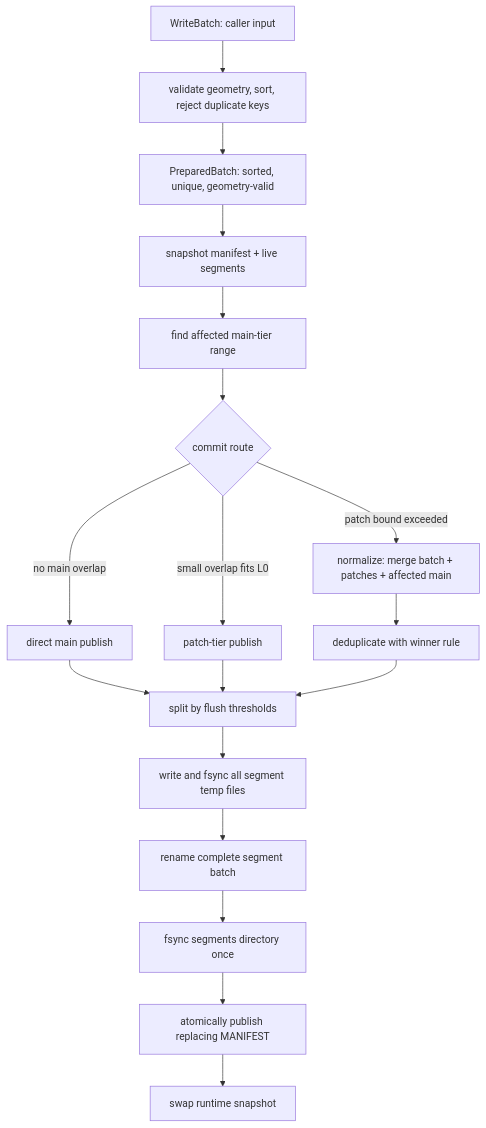
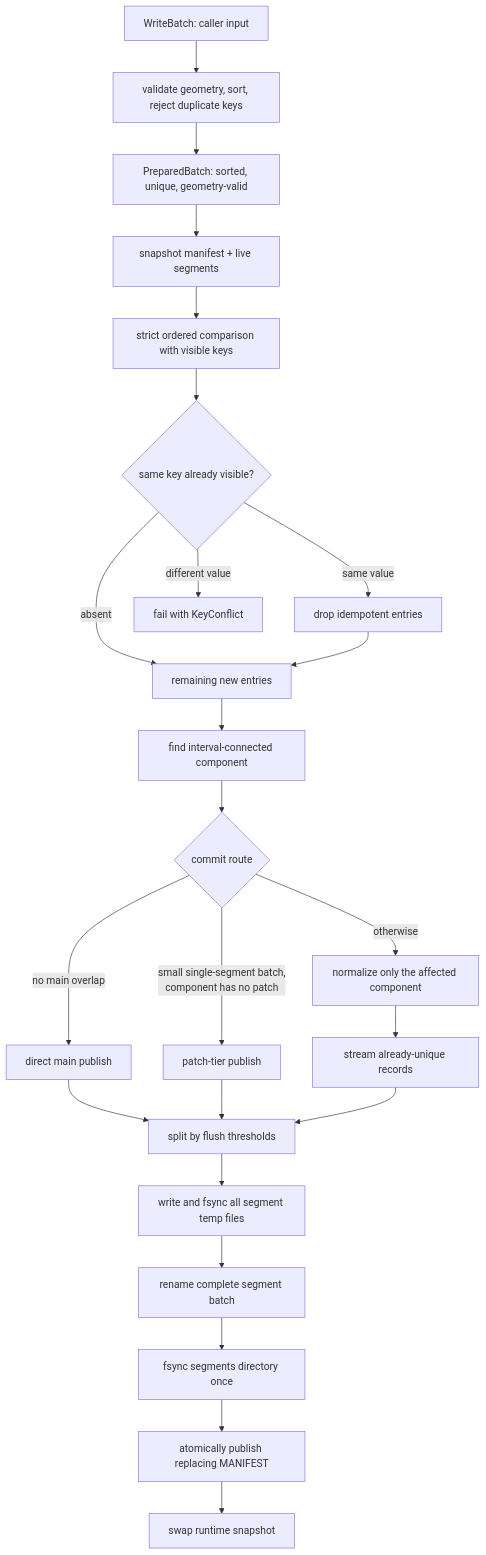
One commit to wangl-cc/evo-ssa-tools changed the fifth of 7 diagrams in crates/segment-cache-store/docs/design.md. Above: the diagram before and after it, drawn with Mermaid. The commit also changed other lines of this file and 20 other files, not shown here.

First line of the commit message:
feat(segment-cache-store): enforce unique-key merge semantics

````diff
--- a/crates/segment-cache-store/docs/design.md
+++ b/crates/segment-cache-store/docs/design.md
@@ -434,23 +438,29 @@
 ```mermaid
 flowchart TD
   Batch["WriteBatch: caller input"] --> Prepare["validate geometry, sort, reject duplicate keys"]
   Prepare --> Prepared["PreparedBatch: sorted, unique, geometry-valid"]
   Prepared --> Snapshot["snapshot manifest + live segments"]
-  Snapshot --> Affected["find affected main-tier range"]
+  Snapshot --> Existing["strict ordered comparison with visible keys"]
+  Existing --> Conflict{"same key already visible?"}
+  Conflict -->|same value| NoOp["drop idempotent entries"]
+  Conflict -->|different value| Reject["fail with KeyConflict"]
+  Conflict -->|absent| RouteInput["remaining new entries"]
+  NoOp --> RouteInput
+  RouteInput --> Affected["find interval-connected component"]
   Affected --> Route{"commit route"}
 
   Route -->|no main overlap| Direct["direct main publish"]
-  Route -->|small overlap fits L0| Patch["patch-tier publish"]
-  Route -->|patch bound exceeded| Normalize["normalize: merge batch + patches + affected main"]
+  Route -->|small single-segment batch,<br/>component has no patch| Patch["patch-tier publish"]
+  Route -->|otherwise| Normalize["normalize only the affected component"]
 
   Direct --> Split["split by flush thresholds"]
   Patch --> Split
-  Normalize --> Dedup["deduplicate with winner rule"]
-  Dedup --> Split
+  Normalize --> Unique["stream already-unique records"]
+  Unique --> Split
 
   Split --> WriteSeg["write and fsync all segment temp files"]
   WriteSeg --> Rename["rename complete segment batch"]
   Rename --> SegmentBarrier["fsync segments directory once"]
   SegmentBarrier --> Publish["atomically publish replacing MANIFEST"]
   Publish --> Swap["swap runtime snapshot"]
 ```
````
